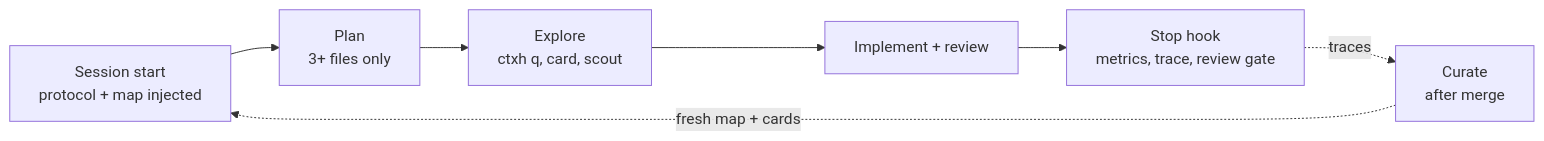
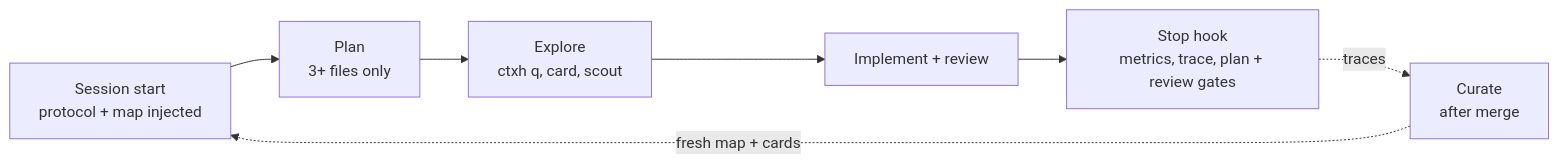
Before and after one commit to ahmetask/ctx-harness: the diagram in README.md, drawn with Mermaid. The commit also changed other lines of this file and 6 other files, not shown here.

First line of the commit message:
Enforce "plan before 3+ files" in the Stop hook (T09)

````diff
--- a/README.md
+++ b/README.md
@@ -58,6 +58,6 @@
 ```mermaid
 flowchart LR
-    A["Session start<br/>protocol + map injected"] --> B["Plan<br/>3+ files only"] --> C["Explore<br/>ctxh q, card, scout"] --> D["Implement + review"] --> E["Stop hook<br/>metrics, trace, review gate"]
+    A["Session start<br/>protocol + map injected"] --> B["Plan<br/>3+ files only"] --> C["Explore<br/>ctxh q, card, scout"] --> D["Implement + review"] --> E["Stop hook<br/>metrics, trace, plan + review gates"]
     E -.->|traces| F["Curate<br/>after merge"]
     F -.->|fresh map + cards| A
 ```
````
